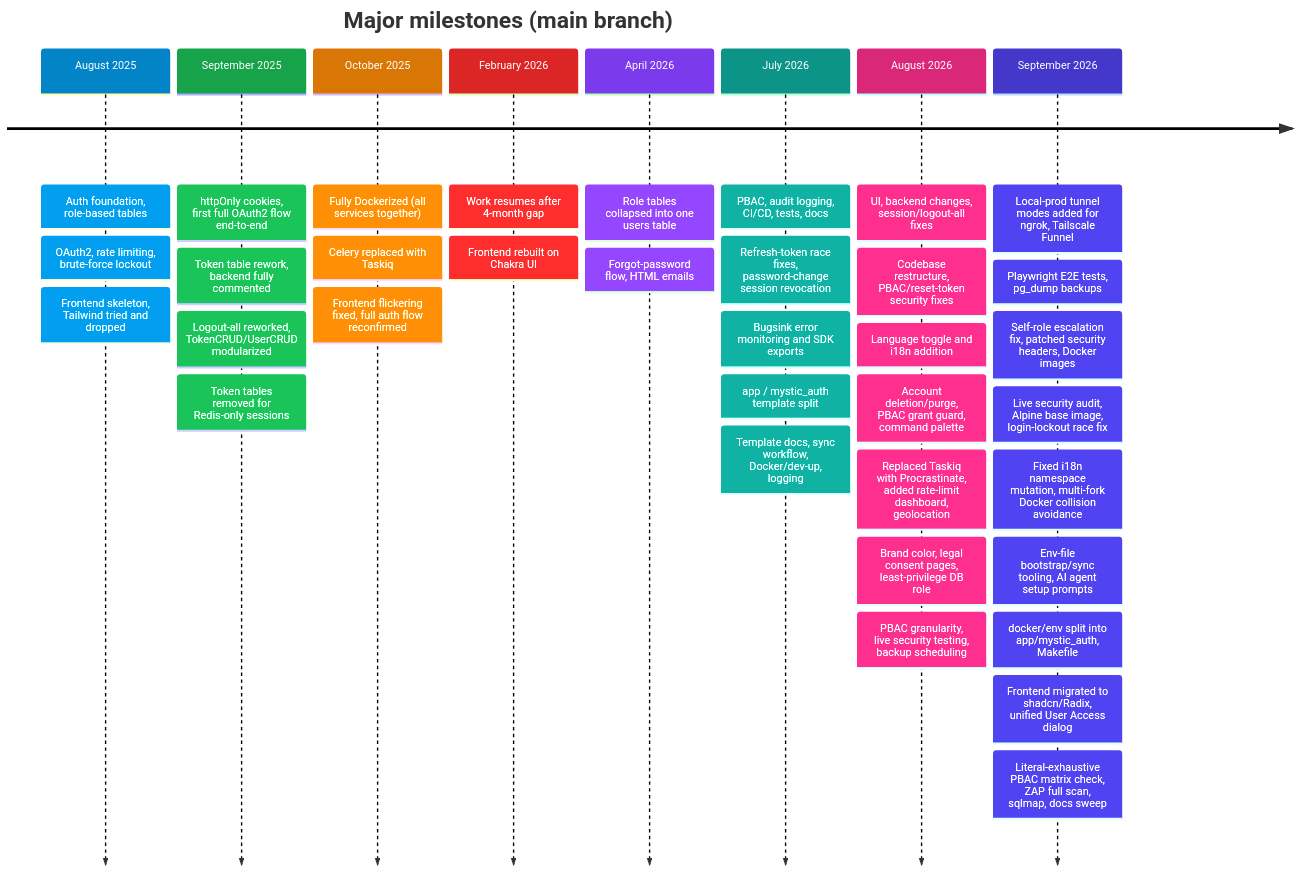
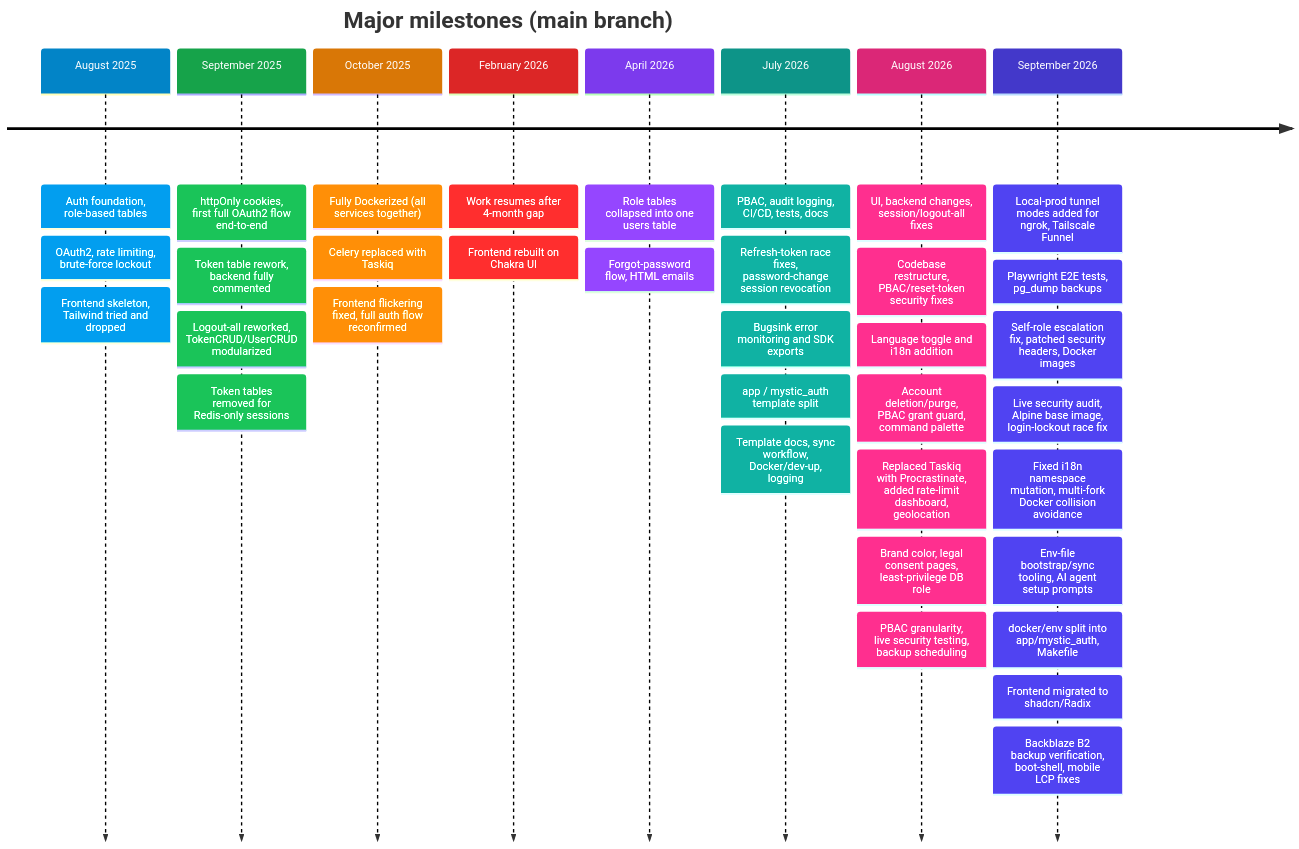
Before and after one commit to Nachiket-2024/mystic-auth: the diagram in docs/mystic_auth/project-story/timeline/README.md, drawn with Mermaid. The commit also changed other lines of this file and 292 other files, not shown here.

First line of the commit message:
Moved backups to Backblaze B2, fixed boot shell reflows and mobile LCP

````diff
--- a/docs/mystic_auth/project-story/timeline/README.md
+++ b/docs/mystic_auth/project-story/timeline/README.md
@@ -34,40 +34,40 @@
 ```mermaid
 %%{init: {"themeVariables":{"fontSize":"16px","lineColor":"#334155","cScale0":"#0284c7","cScale1":"#16a34a","cScale2":"#d97706","cScale3":"#dc2626","cScale4":"#7c3aed","cScale5":"#0d9488","cScale6":"#db2777","cScale7":"#4338ca","cScaleLabel0":"#ffffff","cScaleLabel1":"#ffffff","cScaleLabel2":"#ffffff","cScaleLabel3":"#ffffff","cScaleLabel4":"#ffffff","cScaleLabel5":"#ffffff","cScaleLabel6":"#ffffff","cScaleLabel7":"#ffffff"}} }%%
 timeline
     title Major milestones (main branch)
     August 2025: Auth foundation, role-based tables
                 : OAuth2, rate limiting, brute-force lockout
                 : Frontend skeleton, Tailwind tried and dropped
     September 2025: httpOnly cookies, first full OAuth2 flow end-to-end
                    : Token table rework, backend fully commented
                    : Logout-all reworked, TokenCRUD/UserCRUD modularized
                    : Token tables removed for Redis-only sessions
     October 2025: Fully Dockerized (all services together)
                  : Celery replaced with Taskiq
                  : Frontend flickering fixed, full auth flow reconfirmed
     February 2026: Work resumes after 4-month gap
                   : Frontend rebuilt on Chakra UI
     April 2026: Role tables collapsed into one users table
                : Forgot-password flow, HTML emails
     July 2026: PBAC, audit logging, CI/CD, tests, docs
               : Refresh-token race fixes, password-change session revocation
               : Bugsink error monitoring and SDK exports
               : app / mystic_auth template split
               : Template docs, sync workflow, Docker/dev-up, logging
     August 2026: UI, backend changes, session/logout-all fixes
                 : Codebase restructure, PBAC/reset-token security fixes
                 : Language toggle and i18n addition
                 : Account deletion/purge, PBAC grant guard, command palette
                 : Replaced Taskiq with Procrastinate, added rate-limit dashboard, geolocation
                 : Brand color, legal consent pages, least-privilege DB role
                 : PBAC granularity, live security testing, backup scheduling
     September 2026: Local-prod tunnel modes added for ngrok, Tailscale Funnel
                    : Playwright E2E tests, pg_dump backups
                    : Self-role escalation fix, patched security headers, Docker images
                    : Live security audit, Alpine base image, login-lockout race fix
                    : Fixed i18n namespace mutation, multi-fork Docker collision avoidance
                    : Env-file bootstrap/sync tooling, AI agent setup prompts
                    : docker/env split into app/mystic_auth, Makefile
-                   : Frontend migrated to shadcn/Radix, unified User Access dialog
-                   : Literal-exhaustive PBAC matrix check, ZAP full scan, sqlmap, docs sweep
+                   : Frontend migrated to shadcn/Radix
+                   : Backblaze B2 backup verification, boot-shell, mobile LCP fixes
 ```
````
